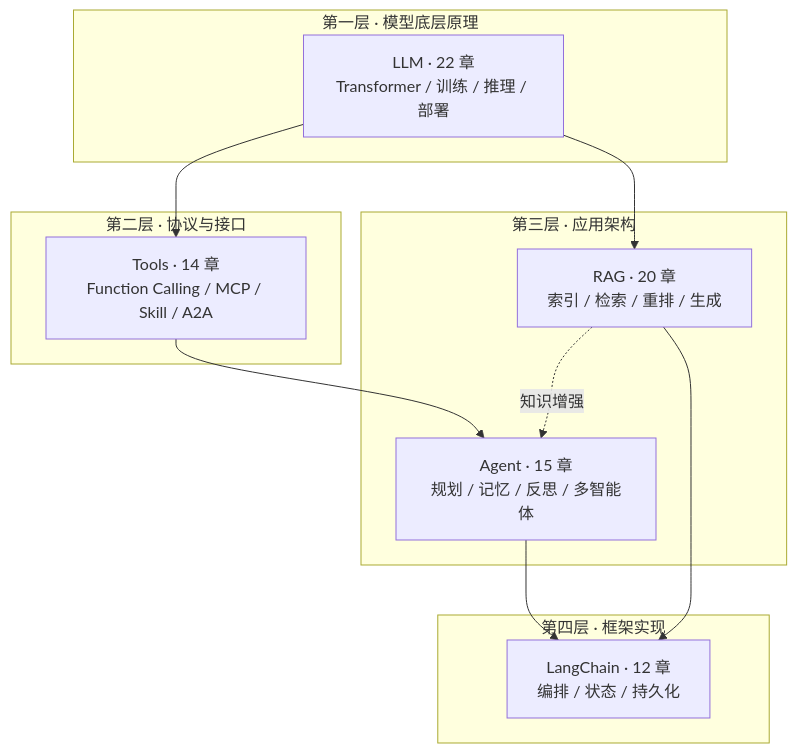
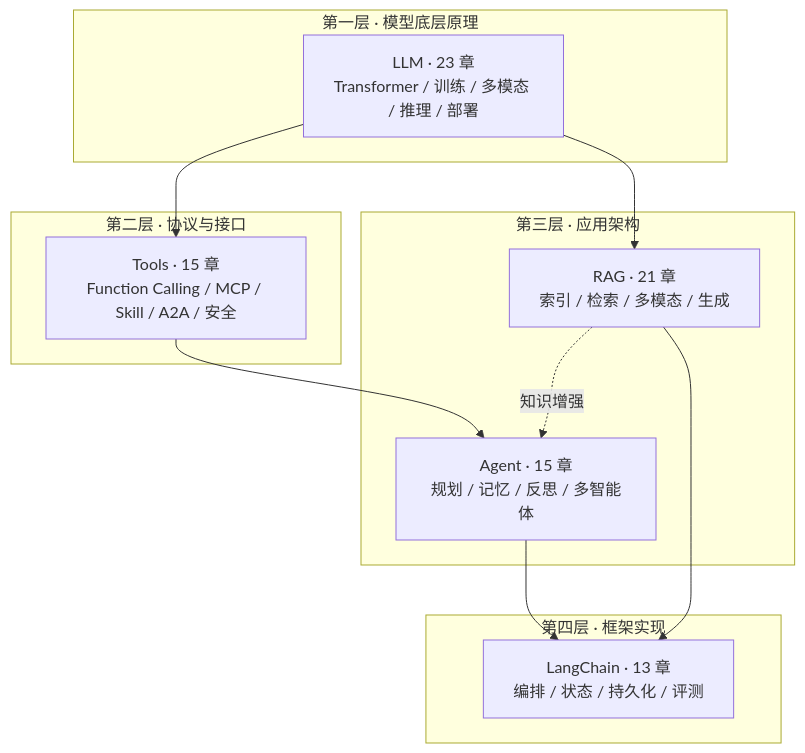
One commit to oneleaveknowsthefall/awesome-ai-roadmap changed the diagram in README.md. Above: the diagram before and after it, drawn with Mermaid. The commit also changed other lines of this file and 77 other files, not shown here.

Commit message:
docs: audit and modernize the AI roadmap

````diff
--- a/README.md
+++ b/README.md
@@ -9,26 +11,26 @@
 ```mermaid
 flowchart TB
     subgraph L1["第一层 · 模型底层原理"]
-        LLM["LLM · 22 章<br/>Transformer / 训练 / 推理 / 部署"]
+        LLM["LLM · 23 章<br/>Transformer / 训练 / 多模态 / 推理 / 部署"]
     end
 
     subgraph L2["第二层 · 协议与接口"]
-        TOOLS["Tools · 14 章<br/>Function Calling / MCP / Skill / A2A"]
+        TOOLS["Tools · 15 章<br/>Function Calling / MCP / Skill / A2A / 安全"]
     end
 
     subgraph L3["第三层 · 应用架构"]
         AGENT["Agent · 15 章<br/>规划 / 记忆 / 反思 / 多智能体"]
-        RAG["RAG · 20 章<br/>索引 / 检索 / 重排 / 生成"]
+        RAG["RAG · 21 章<br/>索引 / 检索 / 多模态 / 生成"]
     end
 
     subgraph L4["第四层 · 框架实现"]
-        LC["LangChain · 12 章<br/>编排 / 状态 / 持久化"]
+        LC["LangChain · 13 章<br/>编排 / 状态 / 持久化 / 评测"]
     end
 
     LLM --> TOOLS
     TOOLS --> AGENT
     LLM --> RAG
     AGENT --> LC
     RAG --> LC
     RAG -.知识增强.-> AGENT
 ```
````
